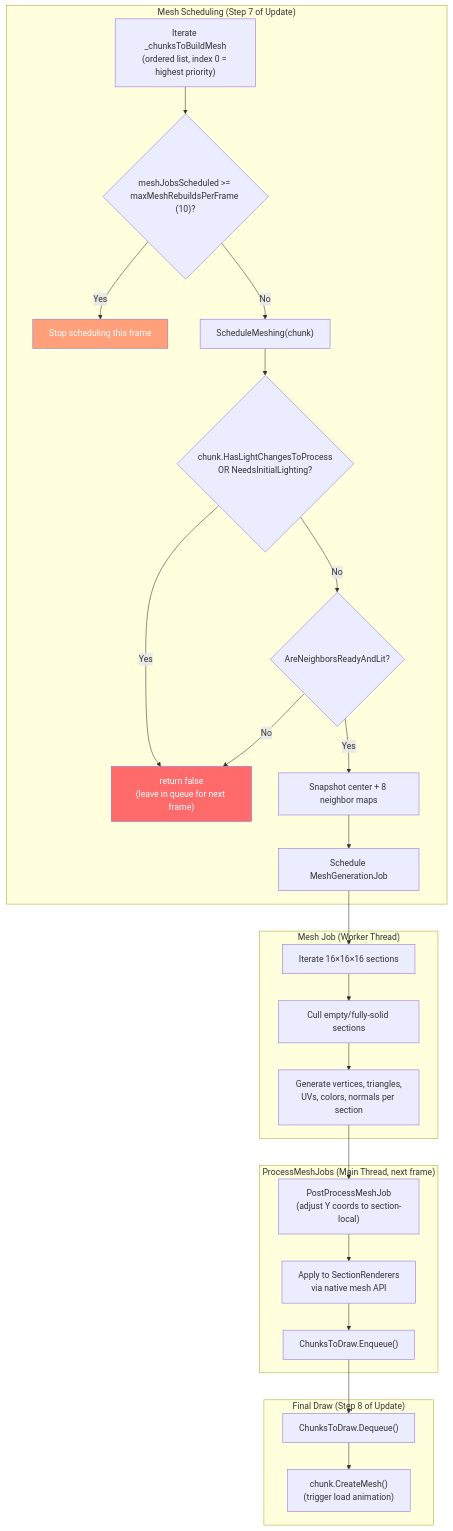
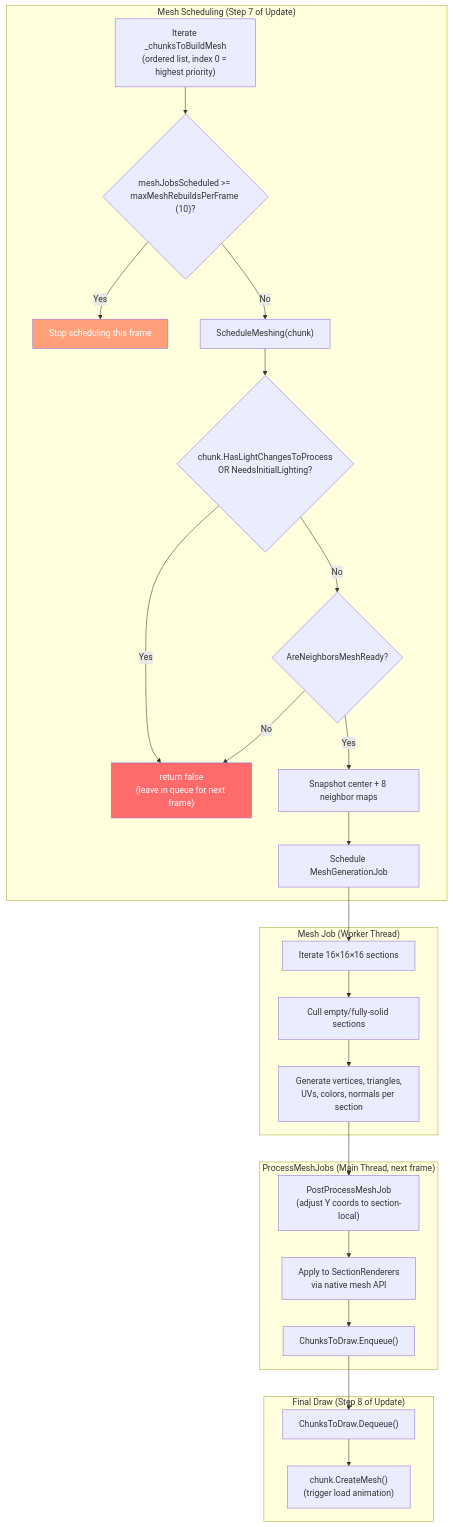
The fifth of 8 diagrams in Documentation/Architecture/CHUNK_LIFECYCLE_PIPELINE.md (A-Van-Gestel/Unity-Minecraft_Clone), drawn with Mermaid before and after one commit. The commit also changed other lines of this file and 1 other file, not shown here.

Commit message:
Docs: sync lighting + chunk-lifecycle docs to current code — applier guards/Bug 11 veto, iterative edge-check rounds, AreNeighborsMeshReady gate, shared LightAttenuation, stale line-numbers & symbol names

````diff
--- a/Documentation/Architecture/CHUNK_LIFECYCLE_PIPELINE.md
+++ b/Documentation/Architecture/CHUNK_LIFECYCLE_PIPELINE.md
@@ -307,35 +307,35 @@
 ```mermaid
 flowchart TD
     subgraph "Mesh Scheduling (Step 7 of Update)"
         M1["Iterate _chunksToBuildMesh<br/>(ordered list, index 0 = highest priority)"]
         M1 --> M2{"meshJobsScheduled >= maxMeshRebuildsPerFrame (10)?"}
         M2 -- Yes --> M_DONE["Stop scheduling this frame"]
         M2 -- No --> M3["ScheduleMeshing(chunk)"]
         M3 --> M4{"chunk.HasLightChangesToProcess<br/>OR NeedsInitialLighting?"}
         M4 -- Yes --> M_SKIP["return false<br/>(leave in queue for next frame)"]
-        M4 -- No --> M5{"AreNeighborsReadyAndLit?"}
+        M4 -- No --> M5{"AreNeighborsMeshReady?"}
         M5 -- No --> M_SKIP
         M5 -- Yes --> M6["Snapshot center + 8 neighbor maps"]
         M6 --> M7["Schedule MeshGenerationJob"]
     end
 
     subgraph "Mesh Job (Worker Thread)"
         M7 --> MJ1["Iterate 16×16×16 sections"]
         MJ1 --> MJ2["Cull empty/fully-solid sections"]
         MJ2 --> MJ3["Generate vertices, triangles,<br/>UVs, colors, normals per section"]
     end
 
     subgraph "ProcessMeshJobs (Main Thread, next frame)"
         MJ3 --> MP1["PostProcessMeshJob<br/>(adjust Y coords to section-local)"]
         MP1 --> MP2["Apply to SectionRenderers<br/>via native mesh API"]
         MP2 --> MP3["ChunksToDraw.Enqueue()"]
     end
 
     subgraph "Final Draw (Step 8 of Update)"
         MP3 --> FD1["ChunksToDraw.Dequeue()"]
         FD1 --> FD2["chunk.CreateMesh()<br/>(trigger load animation)"]
     end
 
     style M_SKIP fill: #ff6b6b, color: #fff
     style M_DONE fill: #ffa07a, color: #fff
 ```
````
